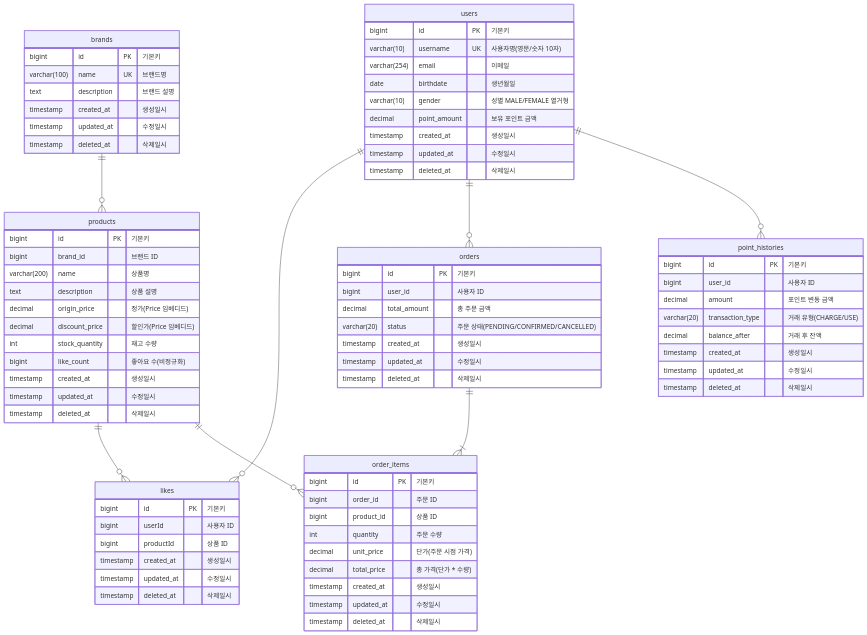
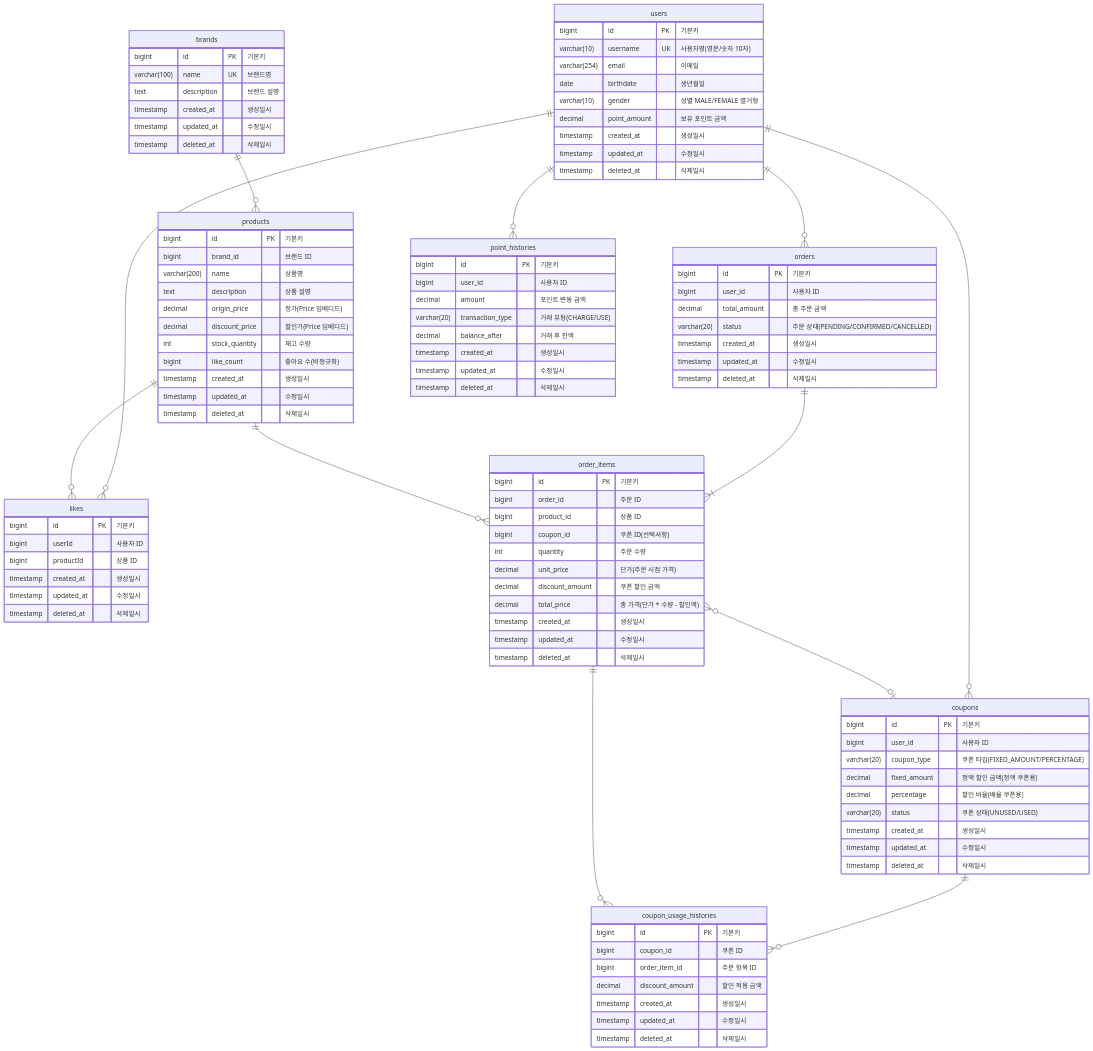
Before and after one commit to hyujikoh/loopers-spring-java-template: the diagram in docs/week4/04-erd.md, drawn with Mermaid. The commit also changed other lines of this file and 1 other file, not shown here.

First line of the commit message:
feat(coupon): 쿠폰 도메인 및 사용 이력 추가

````diff
--- a/docs/week4/04-erd.md
+++ b/docs/week4/04-erd.md
@@ -17,6 +17,10 @@
     users ||--o{ point_histories: ""
     brands ||--o{ products: ""
     products ||--o{ order_items: ""
+    users ||--o{ coupons: ""
+    coupons ||--o{ coupon_usage_histories: ""
+    order_items ||--o{ coupon_usage_histories: ""
+    order_items }o--o| coupons: ""
 
     users {
         bigint id PK "기본키"
@@ -76,9 +80,11 @@
         bigint id PK "기본키"
         bigint order_id  "주문 ID"
         bigint product_id  "상품 ID"
+        bigint coupon_id "쿠폰 ID(선택사항)"
         int quantity "주문 수량"
         decimal unit_price "단가(주문 시점 가격)"
-        decimal total_price "총 가격(단가 * 수량)"
+        decimal discount_amount "쿠폰 할인 금액"
+        decimal total_price "총 가격(단가 * 수량 - 할인액)"
         timestamp created_at "생성일시"
         timestamp updated_at "수정일시"
         timestamp deleted_at "삭제일시"
@@ -94,4 +100,26 @@
         timestamp updated_at "수정일시"
         timestamp deleted_at "삭제일시"
     }
+
+    coupons {
+        bigint id PK "기본키"
+        bigint user_id "사용자 ID"
+        varchar(20) coupon_type "쿠폰 타입(FIXED_AMOUNT/PERCENTAGE)"
+        decimal fixed_amount "정액 할인 금액(정액 쿠폰용)"
+        decimal percentage "할인 비율(배율 쿠폰용)"
+        varchar(20) status "쿠폰 상태(UNUSED/USED)"
+        timestamp created_at "생성일시"
+        timestamp updated_at "수정일시"
+        timestamp deleted_at "삭제일시"
+    }
+
+    coupon_usage_histories {
+        bigint id PK "기본키"
+        bigint coupon_id "쿠폰 ID"
+        bigint order_item_id "주문 항목 ID"
+        decimal discount_amount "할인 적용 금액"
+        timestamp created_at "생성일시"
+        timestamp updated_at "수정일시"
+        timestamp deleted_at "삭제일시"
+    }
 ```
````
